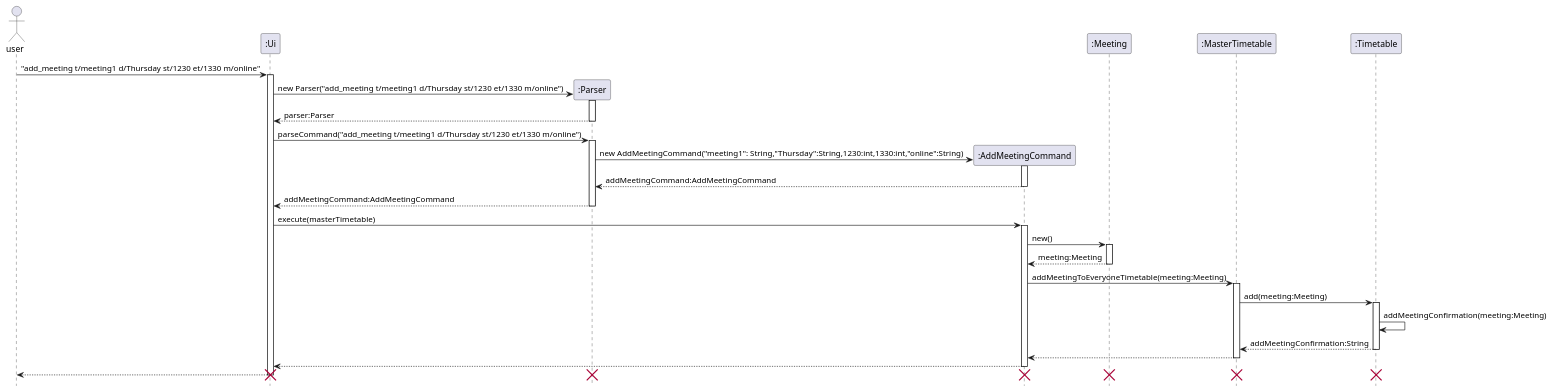
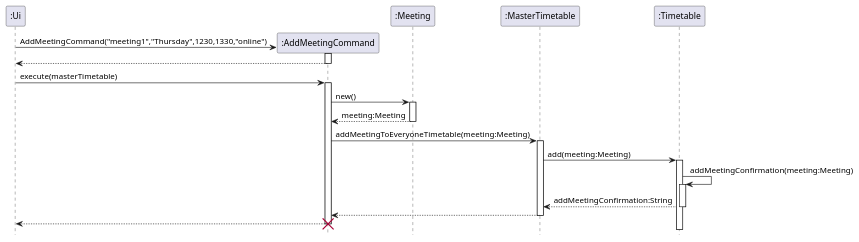
The diagram in docs/diagrams/AddMeetingCommandSequence.puml (nus-cs2113-AY2122S2/tp), drawn with PlantUML before and after one commit.

Commit message:
Edit AddMeetingSequence

```diff
--- a/docs/diagrams/AddMeetingCommandSequence.puml
+++ b/docs/diagrams/AddMeetingCommandSequence.puml
@@ -1,32 +1,24 @@
 @startuml
 hide footbox
-actor user
 
 
-user -> ":Ui" ++ :"add_meeting t/meeting1 d/Thursday st/1230 et/1330 m/online"
-create ":Parser"
-":Ui" -> ":Parser" ++: new Parser("add_meeting t/meeting1 d/Thursday st/1230 et/1330 m/online")
-":Parser" --> ":Ui" --: parser:Parser
-":Ui" -> ":Parser" ++: parseCommand("add_meeting t/meeting1 d/Thursday st/1230 et/1330 m/online")
+create ":Ui"
+
 create ":AddMeetingCommand"
-":Parser" -> ":AddMeetingCommand" ++: new AddMeetingCommand("meeting1": String,"Thursday":String,1230:int,1330:int,"online":String)
-":AddMeetingCommand" --> ":Parser" --: addMeetingCommand:AddMeetingCommand
-":Parser" --> ":Ui" --: addMeetingCommand:AddMeetingCommand
+":Ui" -> ":AddMeetingCommand" ++: AddMeetingCommand("meeting1","Thursday",1230,1330,"online")
+":AddMeetingCommand" --> ":Ui" -- :
 ":Ui" -> ":AddMeetingCommand" ++: execute(masterTimetable)
 ":AddMeetingCommand" -> ":Meeting" ++ : new()
 ":Meeting" --> ":AddMeetingCommand" --: meeting:Meeting
 
 ":AddMeetingCommand" -> ":MasterTimetable" ++: addMeetingToEveryoneTimetable(meeting:Meeting)
 ":MasterTimetable" -> ":Timetable" ++ : add(meeting:Meeting)
-":Timetable" -> ":Timetable": addMeetingConfirmation(meeting:Meeting)
+":Timetable" -> ":Timetable"++: addMeetingConfirmation(meeting:Meeting)
 ":Timetable" --> ":MasterTimetable" --: addMeetingConfirmation:String
 ":MasterTimetable" --> ":AddMeetingCommand" -- :
 ":AddMeetingCommand" --> ":Ui" --:
-":Ui" --> "user" --:
+
 destroy ":AddMeetingCommand"
-destroy ":Parser"
-destroy ":Meeting"
-destroy ":Timetable"
-destroy ":MasterTimetable"
-destroy ":Ui"
+
+
 @enduml
```
